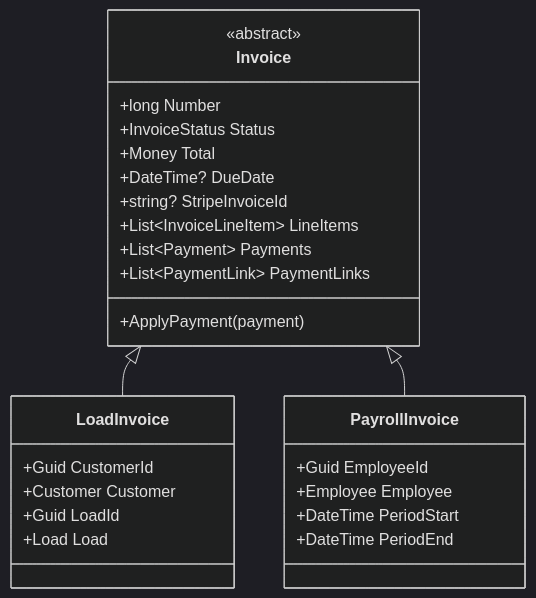
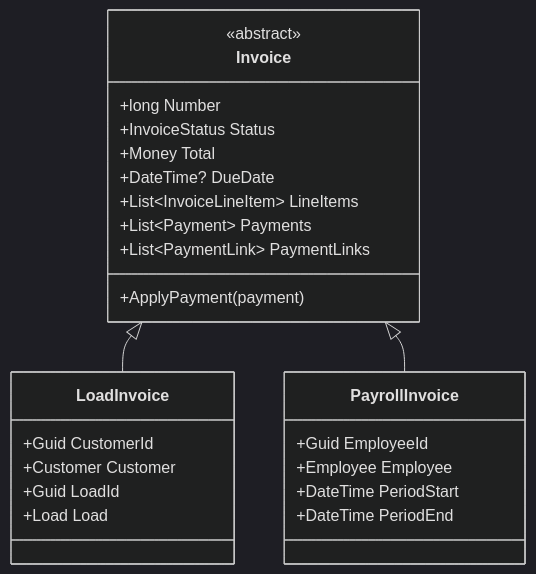
The ninth of 10 diagrams in docs/architecture/domain-model.md (suxrobGM/logistics-app), drawn with Mermaid (dark theme) before and after one commit. The commit also changed 21 other files, not shown here.

Commit message:
refactor(payments): drop the unused Stripe invoice id, payment tenant id and recorded-by user id

````diff
--- a/docs/architecture/domain-model.md
+++ b/docs/architecture/domain-model.md
@@ -337,32 +337,31 @@
 ```mermaid
 classDiagram
     class Invoice {
         <<abstract>>
         +long Number
         +InvoiceStatus Status
         +Money Total
         +DateTime? DueDate
-        +string? StripeInvoiceId
         +List~InvoiceLineItem~ LineItems
         +List~Payment~ Payments
         +List~PaymentLink~ PaymentLinks
         +ApplyPayment(payment)
     }
 
     class LoadInvoice {
         +Guid CustomerId
         +Customer Customer
         +Guid LoadId
         +Load Load
     }
 
     class PayrollInvoice {
         +Guid EmployeeId
         +Employee Employee
         +DateTime PeriodStart
         +DateTime PeriodEnd
     }
 
     Invoice <|-- LoadInvoice
     Invoice <|-- PayrollInvoice
 ```
````
